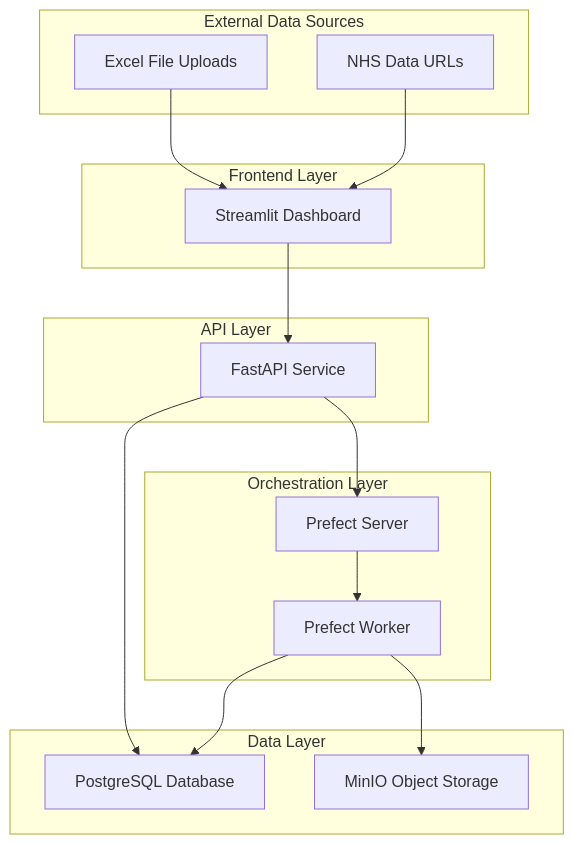
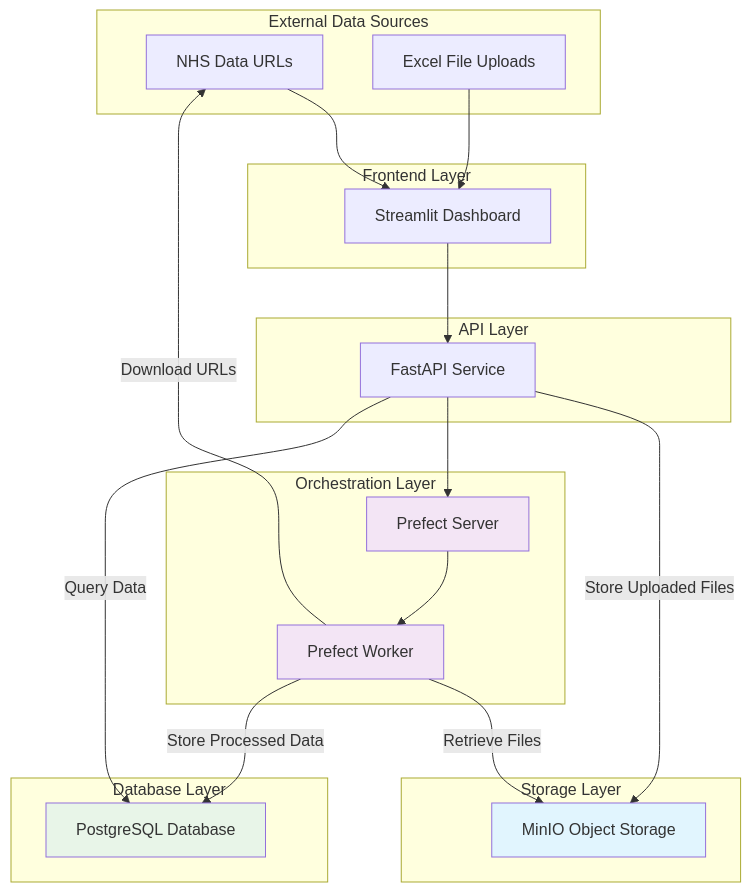
One commit to ZohraB612/de_pipeline changed the first of 4 diagrams in TECHNICAL_DOCUMENTATION.md. Above: the diagram before and after it, drawn with Mermaid.

Commit message:
Fix high-level architecture diagram to show MinIO storage flow
Critical architectural diagram improvements:
- Separated MinIO into dedicated "Storage Layer" to highlight its central role
- Added explicit "Store Uploaded Files" flow from FastAPI to MinIO
- Added "Retrieve Files" flow from Prefect Worker to MinIO
- Clearly shows data lake pattern: Upload → MinIO → Processing → PostgreSQL
- Added color-coded styling to distinguish storage, processing, and data layers
- Enhanced flow labels to clarify data movement patterns

Now accurately represents the MinIO-centric data architecture where all uploaded
files are stored in object storage before processing, demonstrating proper
data engineering data lake principles.

🤖 Generated with [Claude Code](https://claude.ai/code)

````diff
--- a/TECHNICAL_DOCUMENTATION.md
+++ b/TECHNICAL_DOCUMENTATION.md
@@ -30,34 +30,56 @@
 ```mermaid
 graph TB
     subgraph "External Data Sources"
         A[NHS Data URLs]
         B[Excel File Uploads]
     end
     
     subgraph "Frontend Layer"
         C[Streamlit Dashboard]
     end
     
     subgraph "API Layer"
         D[FastAPI Service]
     end
     
+    subgraph "Storage Layer"
+        H[MinIO Object Storage]
+    end
+    
     subgraph "Orchestration Layer"
         E[Prefect Server]
         F[Prefect Worker]
     end
     
-    subgraph "Data Layer"
+    subgraph "Database Layer"
         G[PostgreSQL Database]
-        H[MinIO Object Storage]
     end
     
+    %% Data Ingestion Flow
     A --> C
     B --> C
     C --> D
+    
+    %% File Upload Storage Flow
+    D -->|Store Uploaded Files| H
+    
+    %% Pipeline Triggering Flow
     D --> E
     E --> F
-    F --> G
-    F --> H
-    D --> G
+    
+    %% Data Processing Flow
+    F -->|Retrieve Files| H
+    F -->|Download URLs| A
+    F -->|Store Processed Data| G
+    
+    %% Data Access Flow
+    D -->|Query Data| G
+    
+    %% Styling
+    classDef storage fill:#e1f5fe
+    classDef processing fill:#f3e5f5
+    classDef data fill:#e8f5e8
+    class H storage
+    class E,F processing
+    class G data
 ```
````
